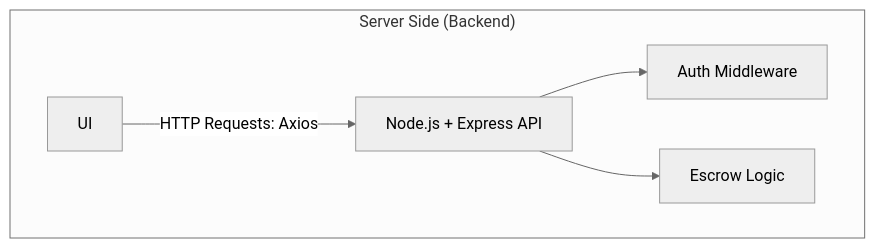
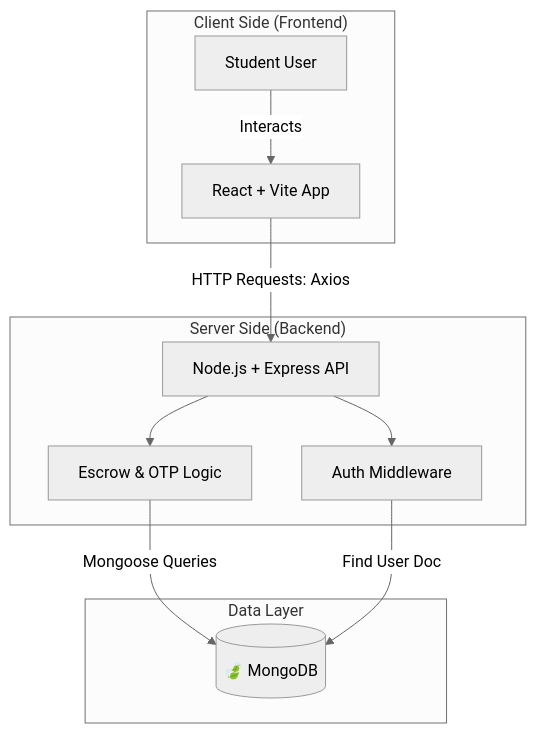
The fourth of 4 diagrams in TECHNICAL_ARCHITECTURE.md (arupdhara/arup-demo), drawn with Mermaid (neutral theme) before and after one commit. The commit also changed other lines of this file, not shown here.

````diff
--- a/TECHNICAL_ARCHITECTURE.md
+++ b/TECHNICAL_ARCHITECTURE.md
@@ -103,12 +111,25 @@
 ```mermaid
 graph TD
+    subgraph "Client Side (Frontend)"
+        User[Student User]
+        UI[React + Vite App]
+        User -->|Interacts| UI
+    end
+
     subgraph "Server Side (Backend)"
-        API[ Node.js + Express API]
-        Auth[ Auth Middleware]
-        Logic[ Escrow Logic]
+        API[Node.js + Express API]
+        Auth[Auth Middleware]
+        Logic[Escrow & OTP Logic]
         
         UI -->|HTTP Requests: Axios| API
         API --> Auth
         API --> Logic
     end
+
+    subgraph "Data Layer"
+        DB[(🍃 MongoDB)]
+        
+        Logic -->|Mongoose Queries| DB
+        Auth -->|Find User Doc| DB
+    end
 ```
````
